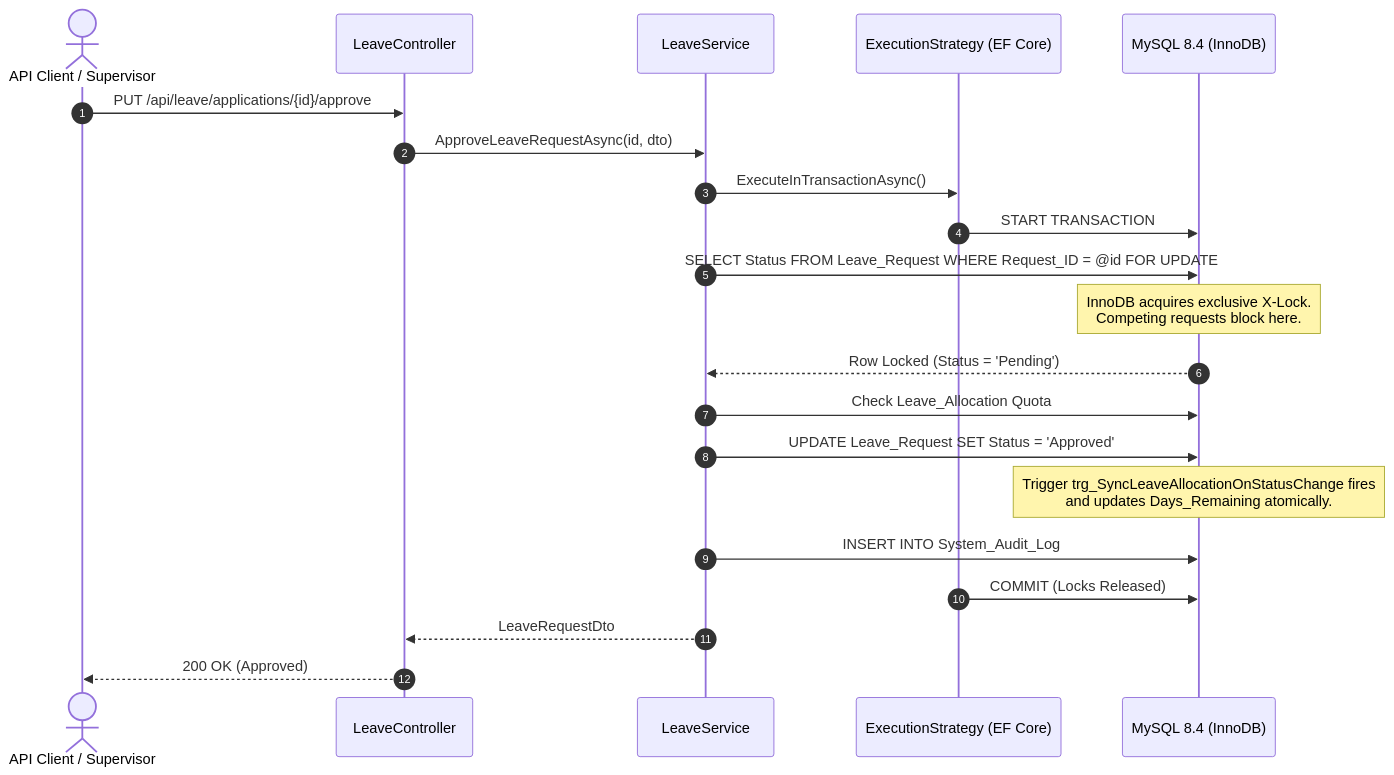
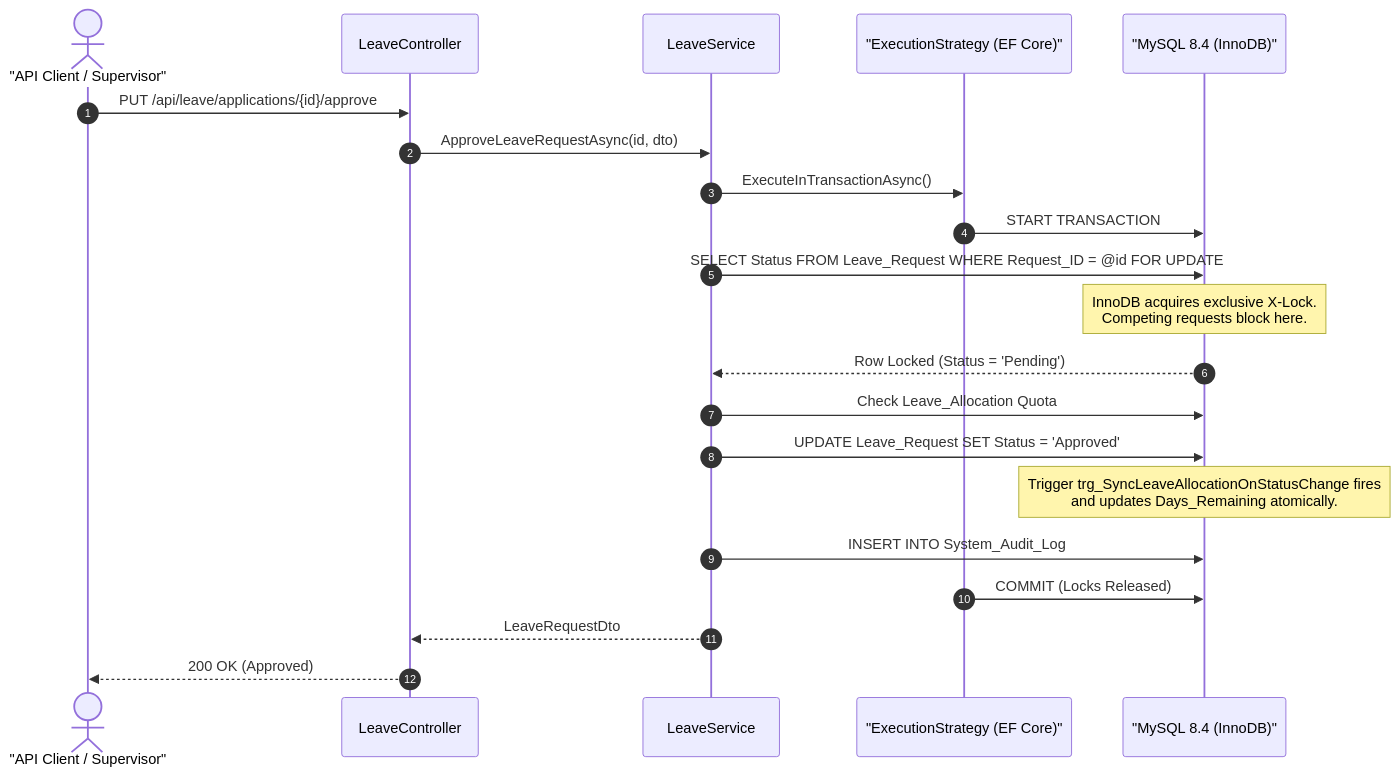
One commit to arif-z04/PayPulse changed the diagram in docs/backend/transaction-management.md. Above: the diagram before and after it, drawn with Mermaid. The commit also changed 6 other files, not shown here.

Commit message:
fix(docs): resolve Mermaid syntax errors and quote edge/node labels for GitHub renderer

````diff
--- a/docs/backend/transaction-management.md
+++ b/docs/backend/transaction-management.md
@@ -92,24 +92,24 @@
 ```mermaid
 sequenceDiagram
     autonumber
-    actor Client as API Client / Supervisor
+    actor Client as "API Client / Supervisor"
     participant Ctrl as LeaveController
     participant Svc as LeaveService
-    participant Tx as ExecutionStrategy (EF Core)
-    participant DB as MySQL 8.4 (InnoDB)
+    participant Tx as "ExecutionStrategy (EF Core)"
+    participant DB as "MySQL 8.4 (InnoDB)"
 
     Client->>Ctrl: PUT /api/leave/applications/{id}/approve
     Ctrl->>Svc: ApproveLeaveRequestAsync(id, dto)
     Svc->>Tx: ExecuteInTransactionAsync()
     Tx->>DB: START TRANSACTION
     Svc->>DB: SELECT Status FROM Leave_Request WHERE Request_ID = @id FOR UPDATE
     Note over DB: InnoDB acquires exclusive X-Lock.<br/>Competing requests block here.
     DB-->>Svc: Row Locked (Status = 'Pending')
     Svc->>DB: Check Leave_Allocation Quota
     Svc->>DB: UPDATE Leave_Request SET Status = 'Approved'
     Note over DB: Trigger trg_SyncLeaveAllocationOnStatusChange fires<br/>and updates Days_Remaining atomically.
     Svc->>DB: INSERT INTO System_Audit_Log
     Tx->>DB: COMMIT (Locks Released)
     Svc-->>Ctrl: LeaveRequestDto
     Ctrl-->>Client: 200 OK (Approved)
 ```
````
